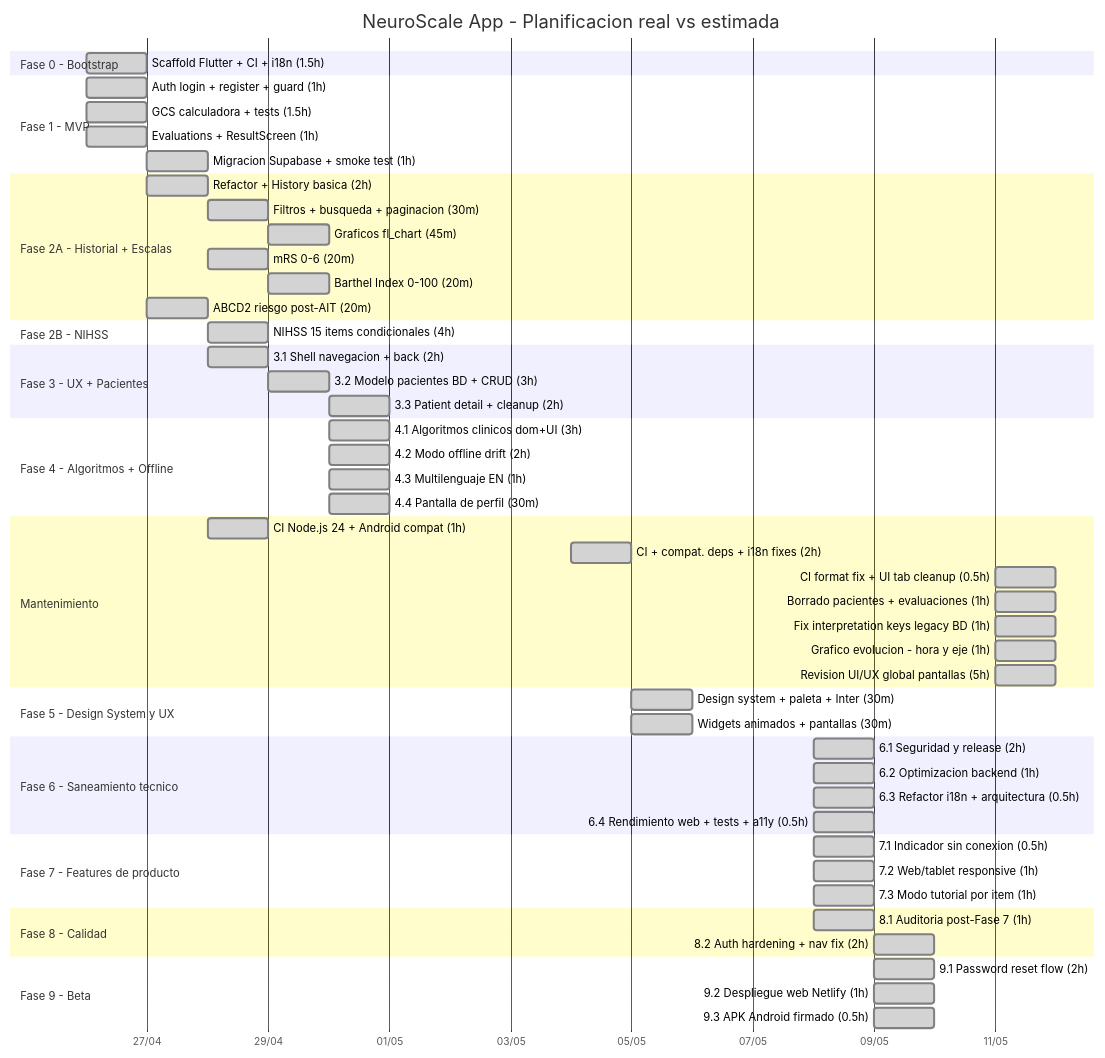
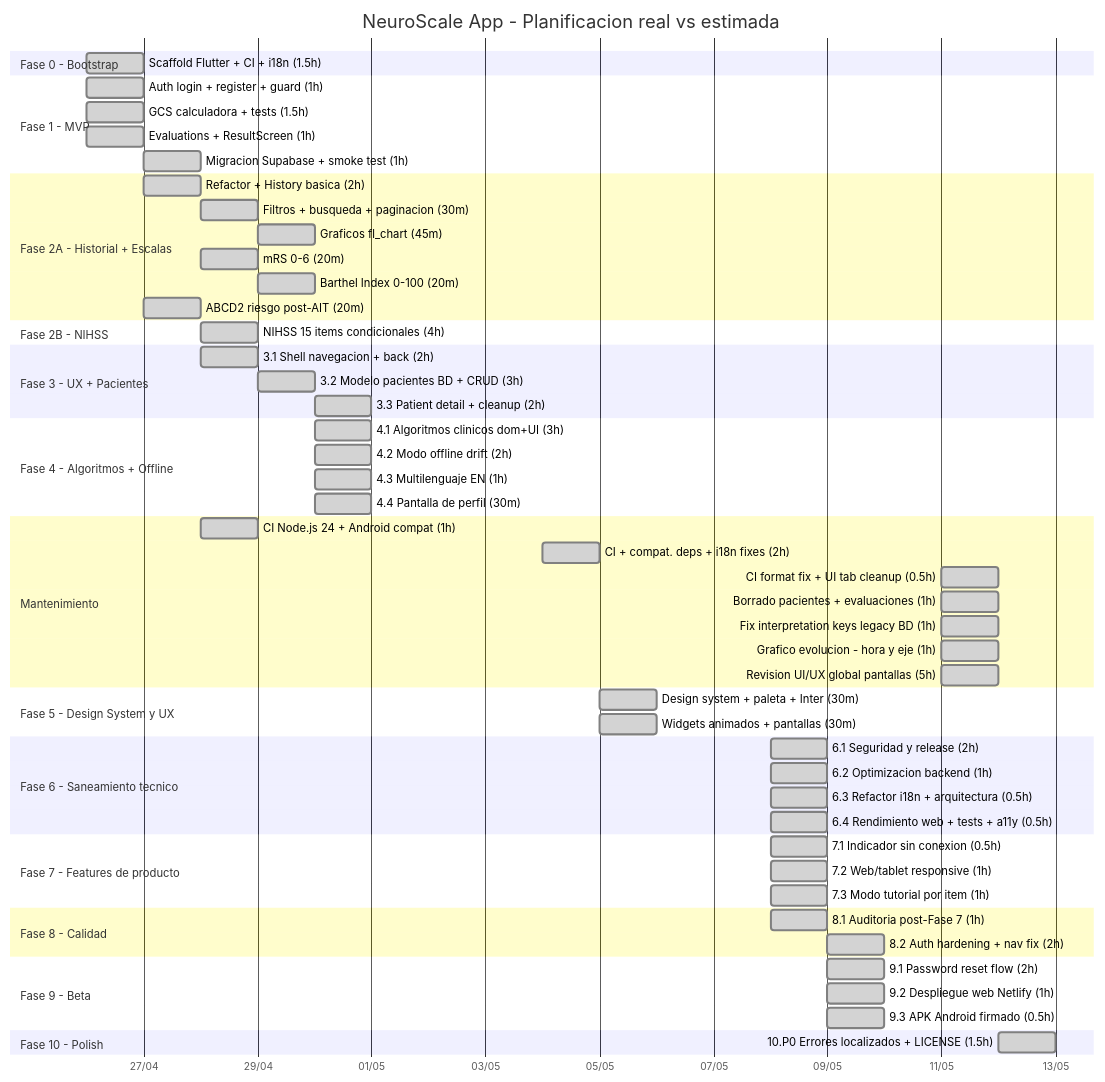
One commit to grisllo/NeuroScaleApp changed the diagram in README.md. Above: the diagram before and after it, drawn with Mermaid. The commit also changed other lines of this file, not shown here.

Commit message:
docs(gantt): registrar Fase 10 P0 auditoria + polish 2026-05-12 (~1.5h)

````diff
--- a/README.md
+++ b/README.md
@@ -47,70 +47,73 @@
 ```mermaid
 gantt
     title NeuroScale App - Planificacion real vs estimada
     dateFormat  YYYY-MM-DD
     axisFormat  %d/%m
 
     section Fase 0 - Bootstrap
     Scaffold Flutter + CI + i18n (1.5h)      :done, f0,   2026-04-26, 1d
 
     section Fase 1 - MVP
     Auth login + register + guard (1h)       :done, f1a,  2026-04-26, 1d
     GCS calculadora + tests (1.5h)           :done, f1b,  2026-04-26, 1d
     Evaluations + ResultScreen (1h)          :done, f1c,  2026-04-26, 1d
     Migracion Supabase + smoke test (1h)     :done, f1d,  2026-04-27, 1d
 
     section Fase 2A - Historial + Escalas
     Refactor + History basica (2h)           :done, f2a1, 2026-04-27, 1d
     Filtros + busqueda + paginacion (30m)    :done, f2a2, after f2a1, 1d
     Graficos fl_chart (45m)                  :done, f2a3, after f2a2, 1d
     mRS 0-6 (20m)                            :done, f2a4, after f2a1, 1d
     Barthel Index 0-100 (20m)                :done, f2a5, after f2a4, 1d
     ABCD2 riesgo post-AIT (20m)              :done, f2a6, 2026-04-27, 1d
 
     section Fase 2B - NIHSS
     NIHSS 15 items condicionales (4h)        :done, f2b,  2026-04-28, 1d
 
     section Fase 3 - UX + Pacientes
     3.1 Shell navegacion + back (2h)         :done, f3a,  2026-04-28, 1d
     3.2 Modelo pacientes BD + CRUD (3h)      :done, f3b,  2026-04-29, 1d
     3.3 Patient detail + cleanup (2h)        :done, f3c,  2026-04-30, 1d
 
     section Fase 4 - Algoritmos + Offline
     4.1 Algoritmos clinicos dom+UI (3h)      :done, f4a,  2026-04-30, 1d
     4.2 Modo offline drift (2h)              :done, f4b,  2026-04-30, 1d
     4.3 Multilenguaje EN (1h)                :done, f4c,  2026-04-30, 1d
     4.4 Pantalla de perfil (30m)             :done, f4d,  2026-04-30, 1d
 
     section Mantenimiento
     CI Node.js 24 + Android compat (1h)      :done, mnt0, 2026-04-28, 1d
     CI + compat. deps + i18n fixes (2h)      :done, mnt,  2026-05-04, 1d
     CI format fix + UI tab cleanup (0.5h)    :done, mnt2, 2026-05-11, 1d
     Borrado pacientes + evaluaciones (1h)    :done, mnt3, 2026-05-11, 1d
     Fix interpretation keys legacy BD (1h)   :done, mnt4, 2026-05-11, 1d
     Grafico evolucion - hora y eje (1h)      :done, mnt5, 2026-05-11, 1d
     Revision UI/UX global pantallas (5h)     :done, mnt6, 2026-05-11, 1d
 
     section Fase 5 - Design System y UX
     Design system + paleta + Inter (30m)     :done, f5a,  2026-05-05, 1d
     Widgets animados + pantallas (30m)       :done, f5b,  2026-05-05, 1d
 
     section Fase 6 - Saneamiento tecnico
     6.1 Seguridad y release (2h)             :done, f6a,  2026-05-08, 1d
     6.2 Optimizacion backend (1h)            :done, f6b,  2026-05-08, 1d
     6.3 Refactor i18n + arquitectura (0.5h)  :done, f6c,  2026-05-08, 1d
     6.4 Rendimiento web + tests + a11y (0.5h) :done, f6d,  2026-05-08, 1d
 
     section Fase 7 - Features de producto
     7.1 Indicador sin conexion (0.5h)        :done, f7a,  2026-05-08, 1d
     7.2 Web/tablet responsive (1h)           :done, f7b,  2026-05-08, 1d
     7.3 Modo tutorial por item (1h)          :done, f7c,  2026-05-08, 1d
 
     section Fase 8 - Calidad
     8.1 Auditoria post-Fase 7 (1h)           :done, f8a,  2026-05-08, 1d
     8.2 Auth hardening + nav fix (2h)        :done, f8b,  2026-05-09, 1d
 
     section Fase 9 - Beta
     9.1 Password reset flow (2h)             :done, f9a,  2026-05-09, 1d
     9.2 Despliegue web Netlify (1h)          :done, f9b,  2026-05-09, 1d
     9.3 APK Android firmado (0.5h)           :done, f9c,  2026-05-09, 1d
+
+    section Fase 10 - Polish
+    10.P0 Errores localizados + LICENSE (1.5h) :done, f10a, 2026-05-12, 1d
 ```
````
